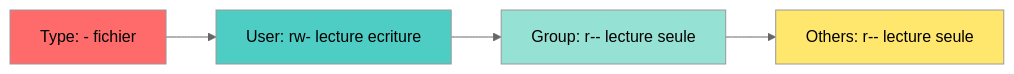
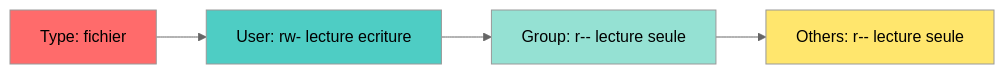
One commit to JSurquin/kibana2 changed the second of 2 diagrams in pages/02-gestion-systeme-utilisateurs.md. Above: the diagram before and after it, drawn with Mermaid (neutral theme). The commit also changed other lines of this file and 11 other files, not shown here.

Commit message:
Refactor: Add quotes to mermaid diagrams for clarity

````diff
--- a/pages/02-gestion-systeme-utilisateurs.md
+++ b/pages/02-gestion-systeme-utilisateurs.md
@@ -378,16 +378,16 @@
 ```mermaid
 graph LR
-    A[Type: - fichier]
-    B[User: rw- lecture ecriture]
-    C[Group: r-- lecture seule]
-    D[Others: r-- lecture seule]
+    A["Type: fichier"]
+    B["User: rw- lecture ecriture"]
+    C["Group: r-- lecture seule"]
+    D["Others: r-- lecture seule"]
     
     A --> B
     B --> C
     C --> D
     
     style A fill:#ff6b6b
     style B fill:#4ecdc4
     style C fill:#95e1d3
     style D fill:#ffe66d
 ```
````
